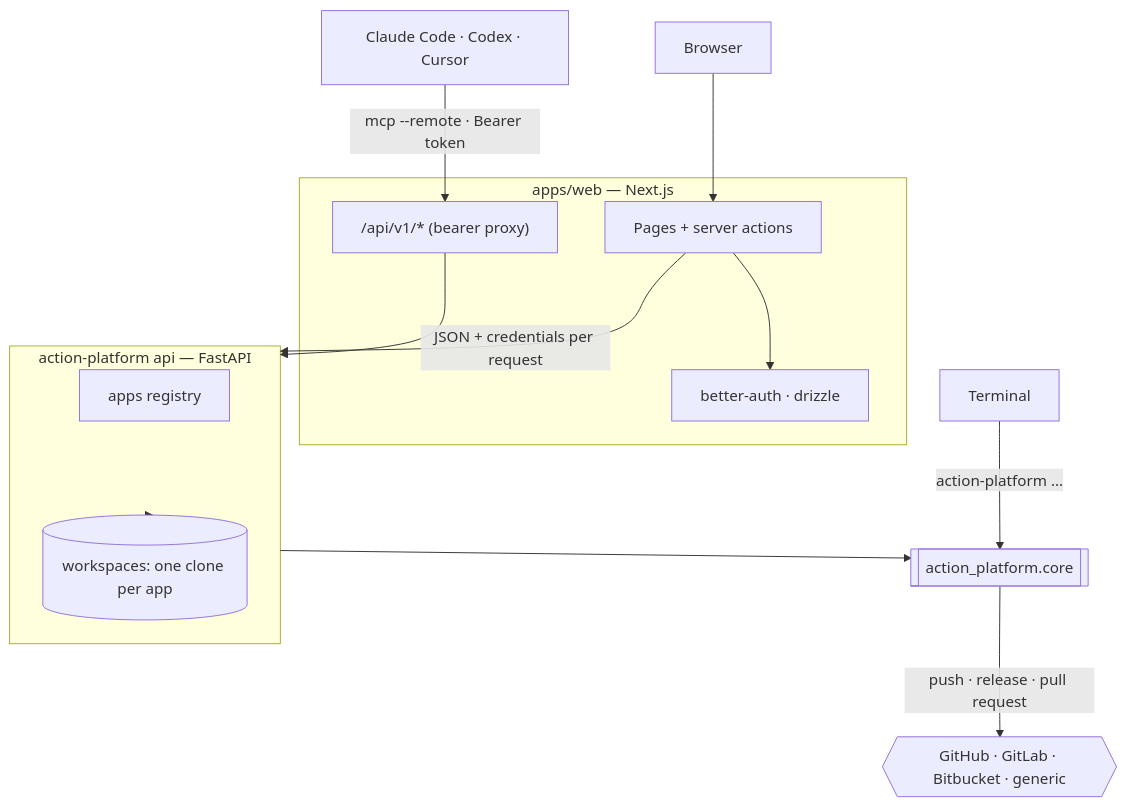
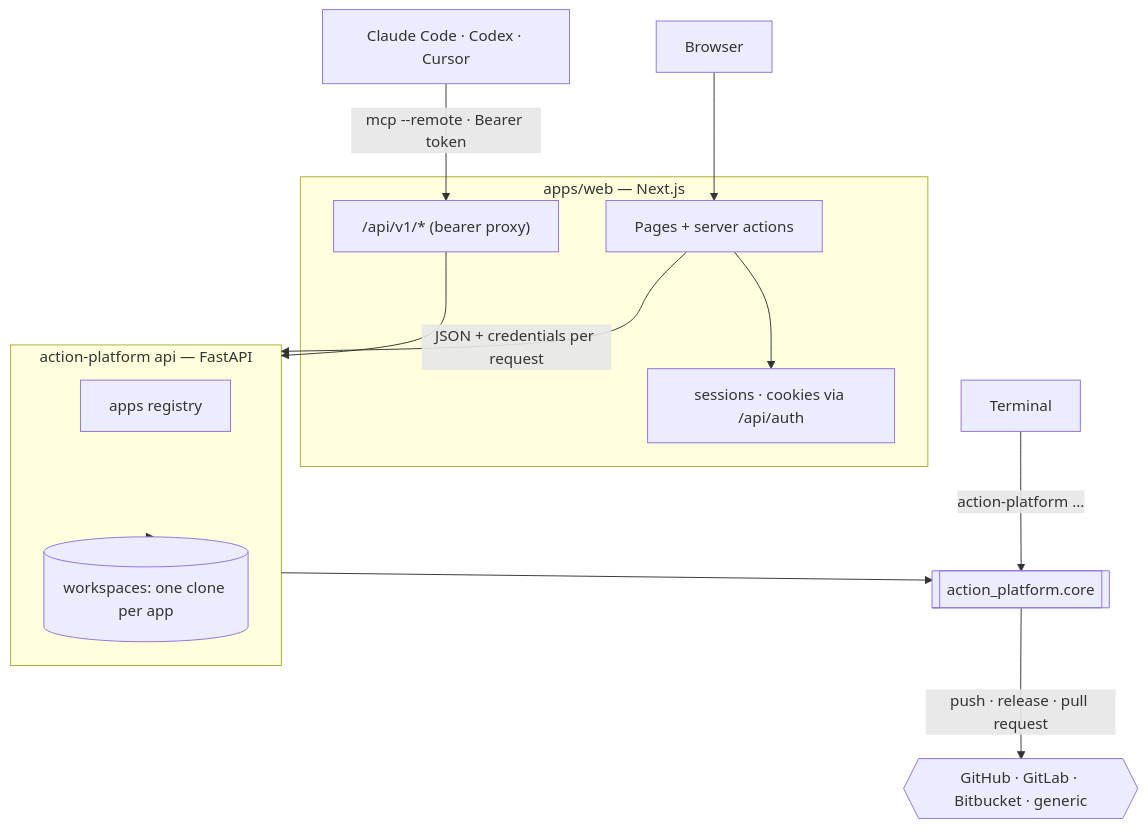
Before and after one commit to actionplatform/action-platform: the first of 3 diagrams in docs/contribute_architecture.md, drawn with Mermaid. The commit also changed other lines of this file and 5 other files, not shown here.

````diff
--- a/docs/contribute_architecture.md
+++ b/docs/contribute_architecture.md
@@ -3,30 +3,30 @@
 ```mermaid
 flowchart TB
     browser[Browser]
     agent[Claude Code · Codex · Cursor]
     term[Terminal]
 
     subgraph web["apps/web — Next.js"]
         ui[Pages + server actions]
-        auth[better-auth · drizzle]
+        auth[sessions · cookies via /api/auth]
         v1["/api/v1/* (bearer proxy)"]
     end
 
     subgraph api["action-platform api — FastAPI"]
         reg[apps registry]
         ws[(workspaces: one clone per app)]
     end
 
     core[[action_platform.core]]
     hosts{{GitHub · GitLab · Bitbucket · generic}}
 
     browser --> ui
     ui --> auth
     ui -->|"JSON + credentials per request"| api
     agent -->|"mcp --remote · Bearer token"| v1
     v1 --> api
     term -->|"action-platform …"| core
     api --> core
     api --> ws
     core -->|"push · release · pull request"| hosts
 ```
````
